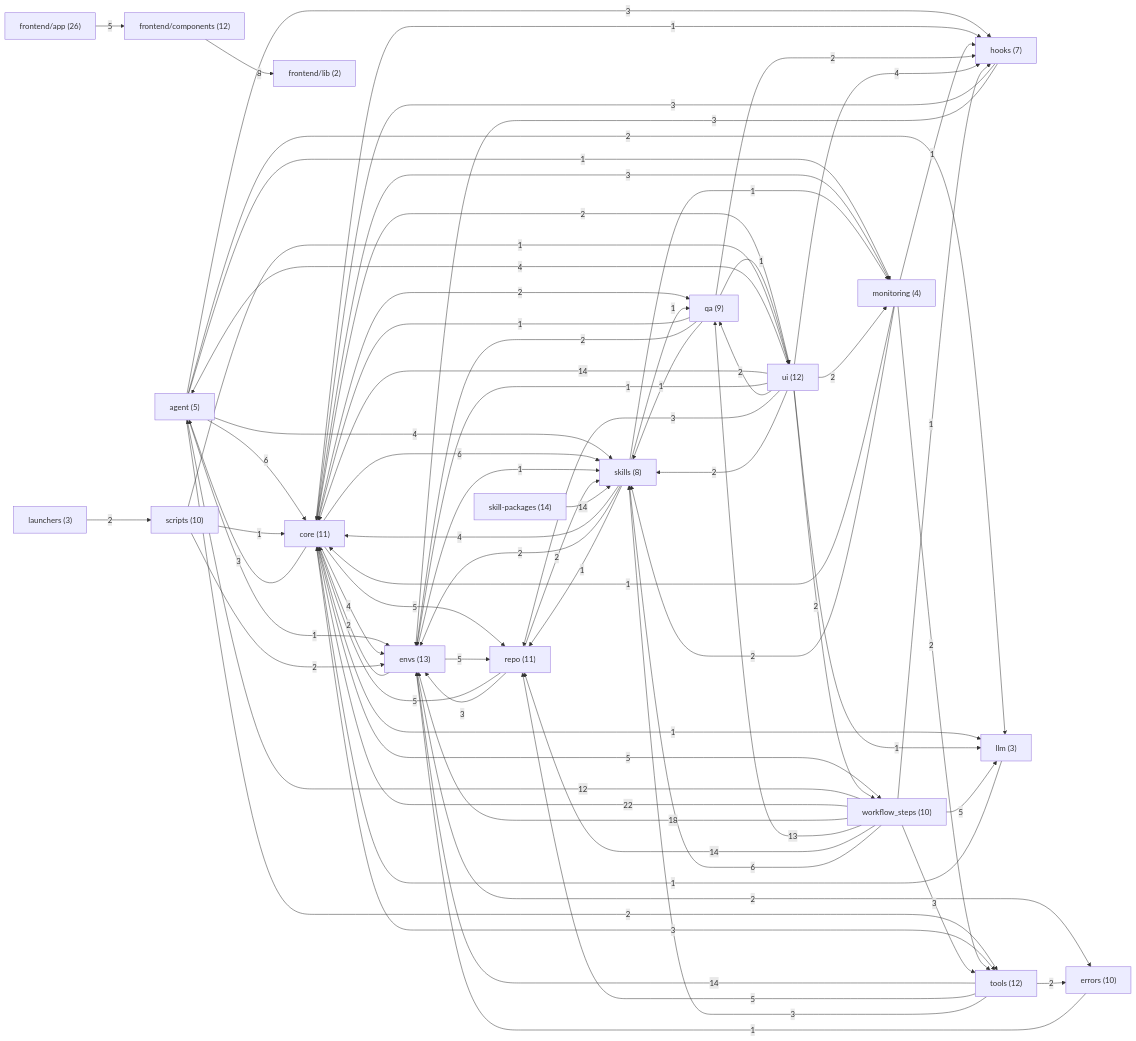
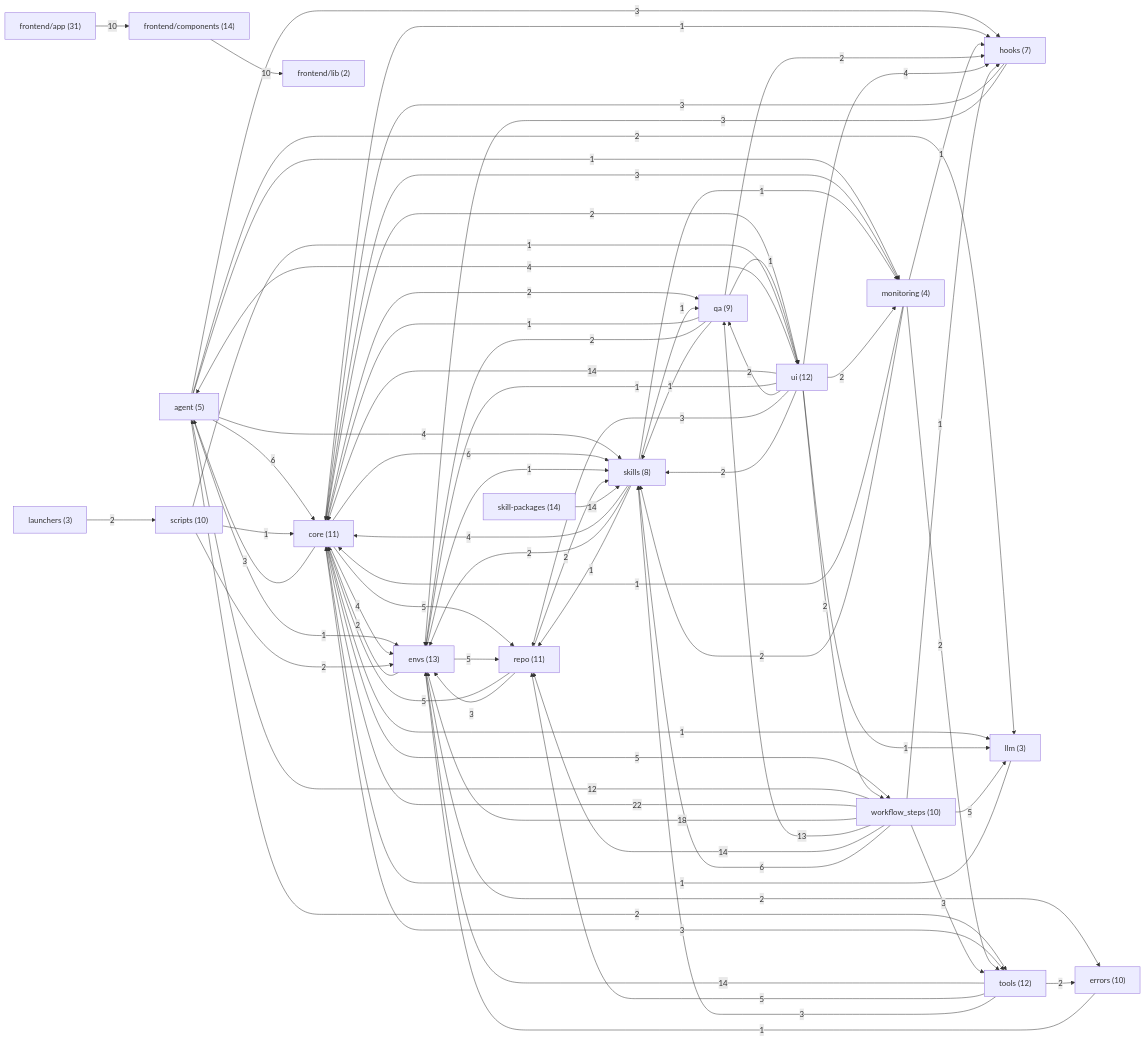
The second of 21 diagrams in docs/ARCHITECTURE_MAP.md (sarveshtalele/maf-harness-testing), drawn with Mermaid before and after one commit. The commit also changed other lines of this file, not shown here.

Commit message:
docs: regenerate architecture map for marketplace routes and MCP pages

```diff
--- a/docs/ARCHITECTURE_MAP.md
+++ b/docs/ARCHITECTURE_MAP.md
@@ -63,8 +63,8 @@
   g1["core (11)"]
   g2["envs (13)"]
   g3["errors (10)"]
-  g4["frontend/app (26)"]
-  g5["frontend/components (12)"]
+  g4["frontend/app (31)"]
+  g5["frontend/components (14)"]
   g6["frontend/lib (2)"]
   g7["hooks (7)"]
   g8["launchers (3)"]
@@ -101,8 +101,8 @@
   g2 -->|5| g12
   g2 -->|1| g15
   g3 -->|1| g2
-  g4 -->|5| g5
-  g5 -->|8| g6
+  g4 -->|10| g5
+  g5 -->|10| g6
   g7 -->|3| g1
   g7 -->|3| g2
   g8 -->|2| g13
```
